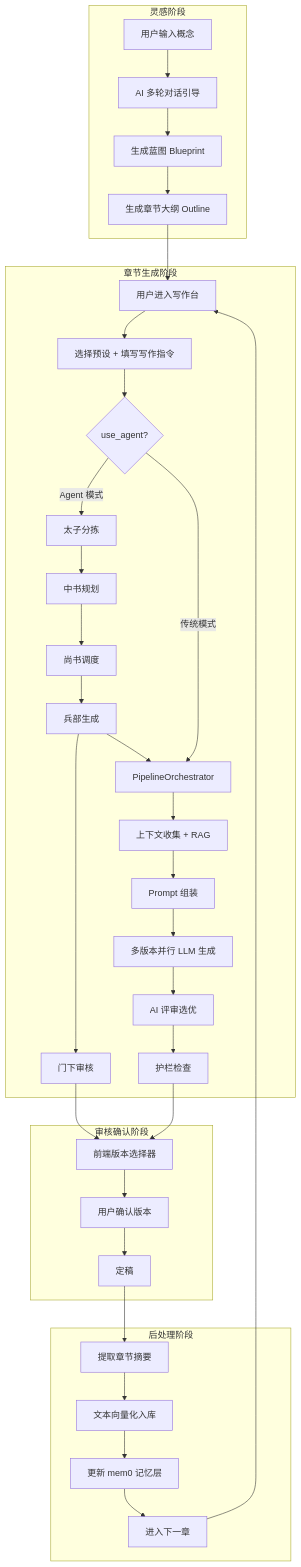
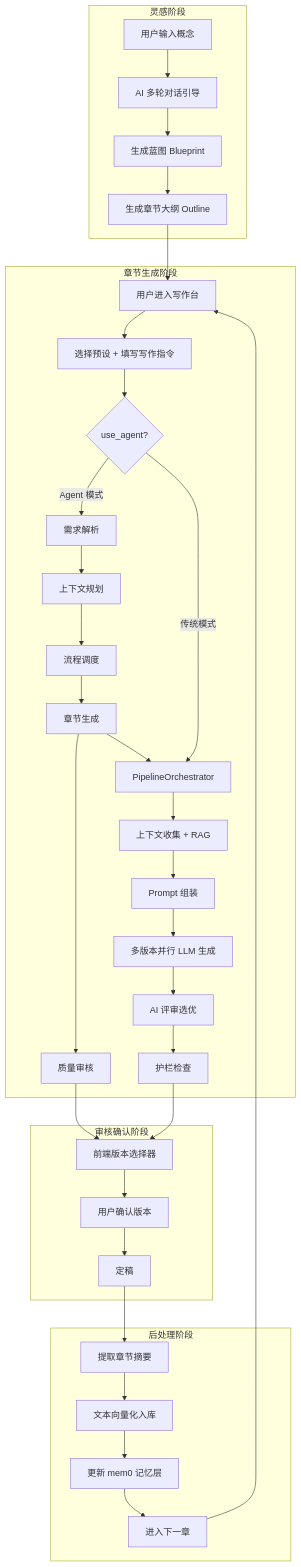
One commit to testdown001/mix-ainovel changed the second of 2 diagrams in SYSTEM_ARCHITECTURE.md. Above: the diagram before and after it, drawn with Mermaid. The commit also changed other lines of this file and 83 other files, not shown here.

````diff
--- a/SYSTEM_ARCHITECTURE.md
+++ b/SYSTEM_ARCHITECTURE.md
@@ -492,45 +485,45 @@
 ```mermaid
 graph TB
     subgraph 灵感阶段
         U1[用户输入概念] --> AI1[AI 多轮对话引导]
         AI1 --> BP[生成蓝图 Blueprint]
         BP --> OL[生成章节大纲 Outline]
     end
 
     subgraph 章节生成阶段
         OL --> WD[用户进入写作台]
         WD --> CFG[选择预设 + 填写写作指令]
         CFG --> GEN{use_agent?}
 
-        GEN -->|Agent 模式| T[太子分拣]
-        T --> ZS[中书规划]
-        ZS --> SS[尚书调度]
-        SS --> BB[兵部生成]
-        BB --> MX[门下审核]
+        GEN -->|Agent 模式| T[需求解析]
+        T --> ZS[上下文规划]
+        ZS --> SS[流程调度]
+        SS --> BB[章节生成]
+        BB --> MX[质量审核]
 
         GEN -->|传统模式| PO[PipelineOrchestrator]
 
         BB --> PO
         PO --> CTX[上下文收集 + RAG]
         CTX --> PMT[Prompt 组装]
         PMT --> LLM[多版本并行 LLM 生成]
         LLM --> REV[AI 评审选优]
         REV --> GK[护栏检查]
     end
 
     subgraph 审核确认阶段
         MX --> VS[前端版本选择器]
         GK --> VS
         VS --> USR[用户确认版本]
         USR --> FIN[定稿]
     end
 
     subgraph 后处理阶段
         FIN --> SUM[提取章节摘要]
         SUM --> VEC[文本向量化入库]
         VEC --> MEM[更新 mem0 记忆层]
         MEM --> NEXT[进入下一章]
     end
 
     NEXT --> WD
 ```
````
